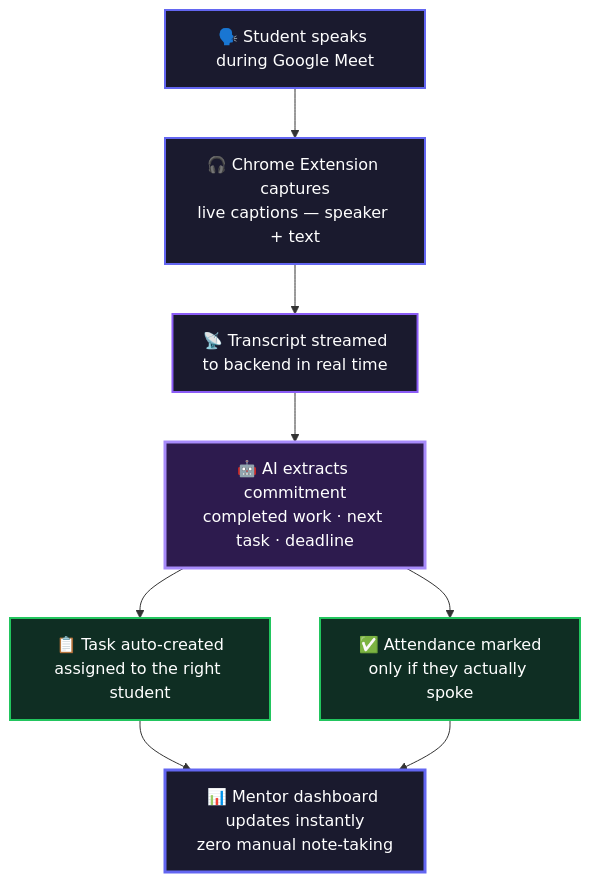
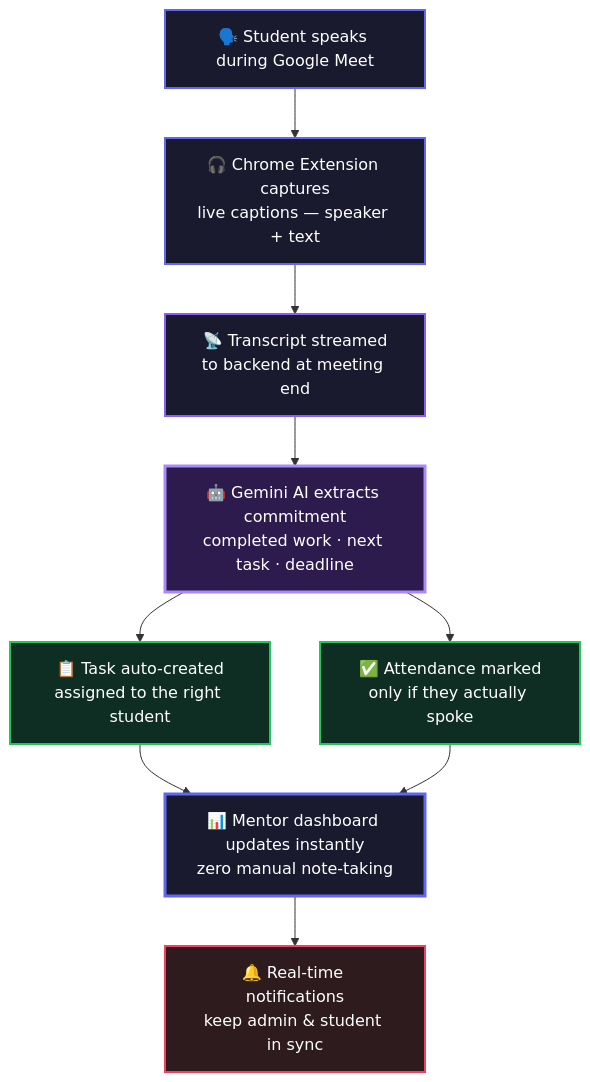
Before and after one commit to mittalsaks/MeetingMind: the first of 3 diagrams in Readme.md, drawn with Mermaid. The commit also changed other lines of this file and 8 other files, not shown here.

````diff
--- a/Readme.md
+++ b/Readme.md
@@ -42,18 +48,20 @@
 ```mermaid
 flowchart TD
     A["🗣️ Student speaks during Google Meet"] --> B["🎧 Chrome Extension captures<br/>live captions — speaker + text"]
-    B --> C["📡 Transcript streamed<br/>to backend in real time"]
-    C --> D["🤖 AI extracts commitment<br/>completed work · next task · deadline"]
+    B --> C["📡 Transcript streamed<br/>to backend at meeting end"]
+    C --> D["🤖 Gemini AI extracts commitment<br/>completed work · next task · deadline"]
     D --> E["📋 Task auto-created<br/>assigned to the right student"]
     D --> F["✅ Attendance marked<br/>only if they actually spoke"]
     E --> G["📊 Mentor dashboard updates instantly<br/>zero manual note-taking"]
     F --> G
+    G --> H["🔔 Real-time notifications<br/>keep admin & student in sync"]
 
     style A fill:#1a1a2e,stroke:#6366F1,color:#fff,stroke-width:2px
     style B fill:#1a1a2e,stroke:#6366F1,color:#fff,stroke-width:2px
     style C fill:#1a1a2e,stroke:#8B5CF6,color:#fff,stroke-width:2px
     style D fill:#2d1b4e,stroke:#A78BFA,color:#fff,stroke-width:3px
     style E fill:#0f2e23,stroke:#22C55E,color:#fff,stroke-width:2px
     style F fill:#0f2e23,stroke:#22C55E,color:#fff,stroke-width:2px
     style G fill:#1a1a2e,stroke:#6366F1,color:#fff,stroke-width:3px
+    style H fill:#2d1b1e,stroke:#F43F5E,color:#fff,stroke-width:2px
 ```
````
